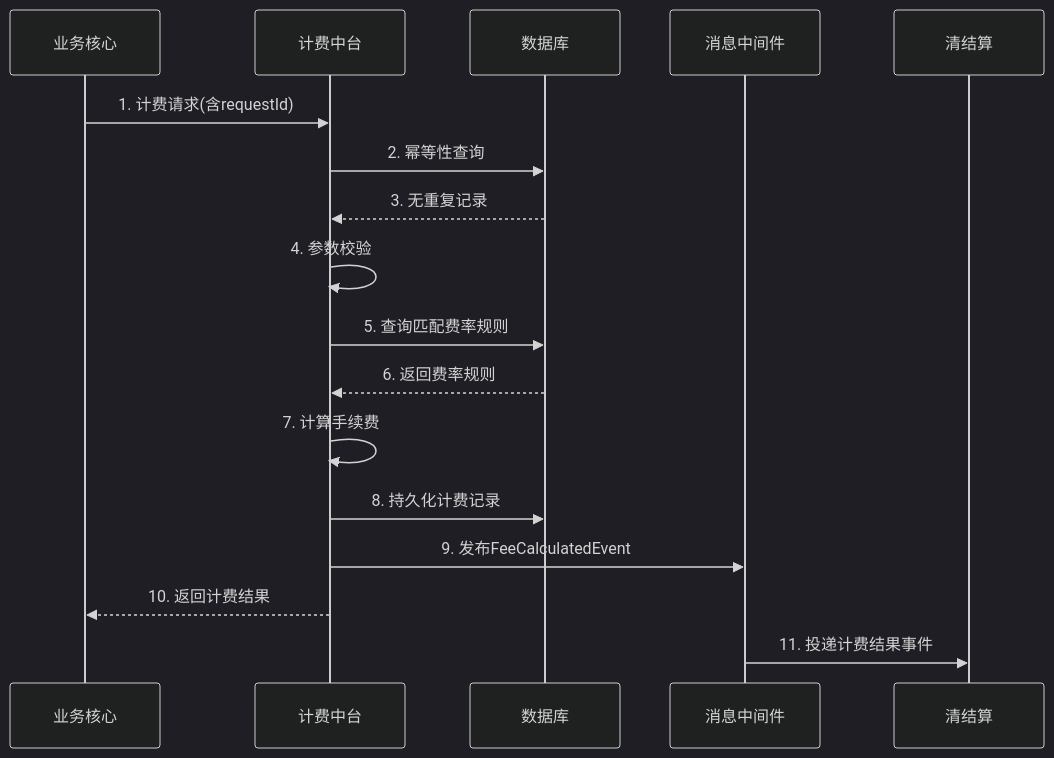
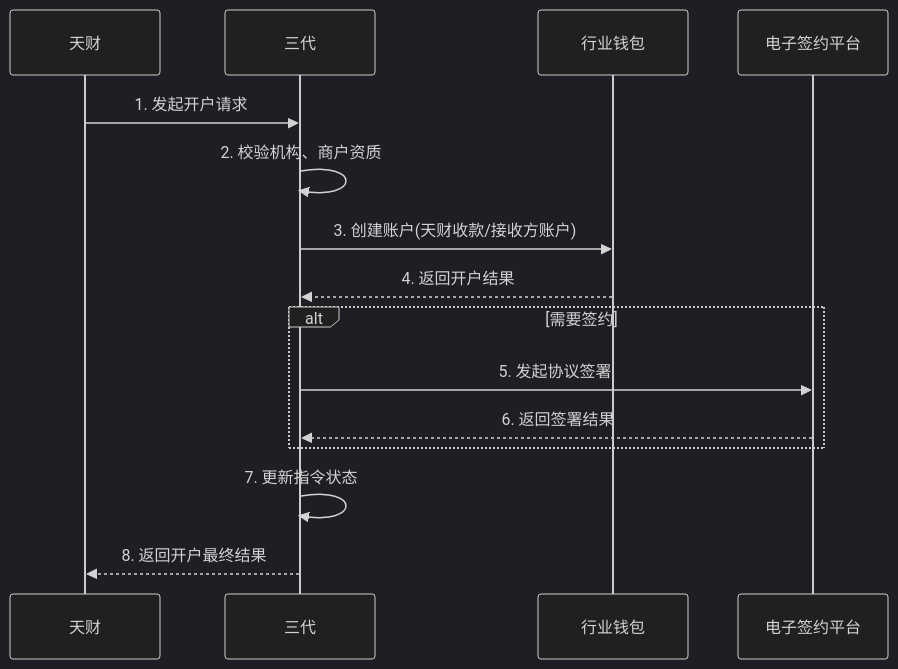
The seventh of 24 diagrams in data/天财分账需求/gpt-5.2/output/final_design_document.md (youzi211/AiCoding), drawn with Mermaid (dark theme) before and after one commit. The commit also changed other lines of this file and 41 other files, not shown here.

````diff
--- a/data/天财分账需求/gpt-5.2/output/final_design_document.md
+++ b/data/天财分账需求/gpt-5.2/output/final_design_document.md
@@ -509,20 +391,18 @@
 ```mermaid
 sequenceDiagram
-    participant 业务核心
-    participant 计费中台
-    participant 数据库
-    participant 消息中间件
-    participant 清结算
+    participant 天财
+    participant 三代
+    participant 行业钱包
+    participant 电子签约平台
 
-    业务核心->>计费中台: 1. 计费请求(含requestId)
-    计费中台->>数据库: 2. 幂等性查询
-    数据库-->>计费中台: 3. 无重复记录
-    计费中台->>计费中台: 4. 参数校验
-    计费中台->>数据库: 5. 查询匹配费率规则
-    数据库-->>计费中台: 6. 返回费率规则
-    计费中台->>计费中台: 7. 计算手续费
-    计费中台->>数据库: 8. 持久化计费记录
-    计费中台->>消息中间件: 9. 发布FeeCalculatedEvent
-    计费中台-->>业务核心: 10. 返回计费结果
-    消息中间件->>清结算: 11. 投递计费结果事件
+    天财->>三代: 1. 发起开户请求
+    三代->>三代: 2. 校验机构、商户资质
+    三代->>行业钱包: 3. 创建账户(天财收款/接收方账户)
+    行业钱包-->>三代: 4. 返回开户结果
+    alt 需要签约
+        三代->>电子签约平台: 5. 发起协议签署
+        电子签约平台-->>三代: 6. 返回签署结果
+    end
+    三代->>三代: 7. 更新指令状态
+    三代-->>天财: 8. 返回开户最终结果
 ```
````
